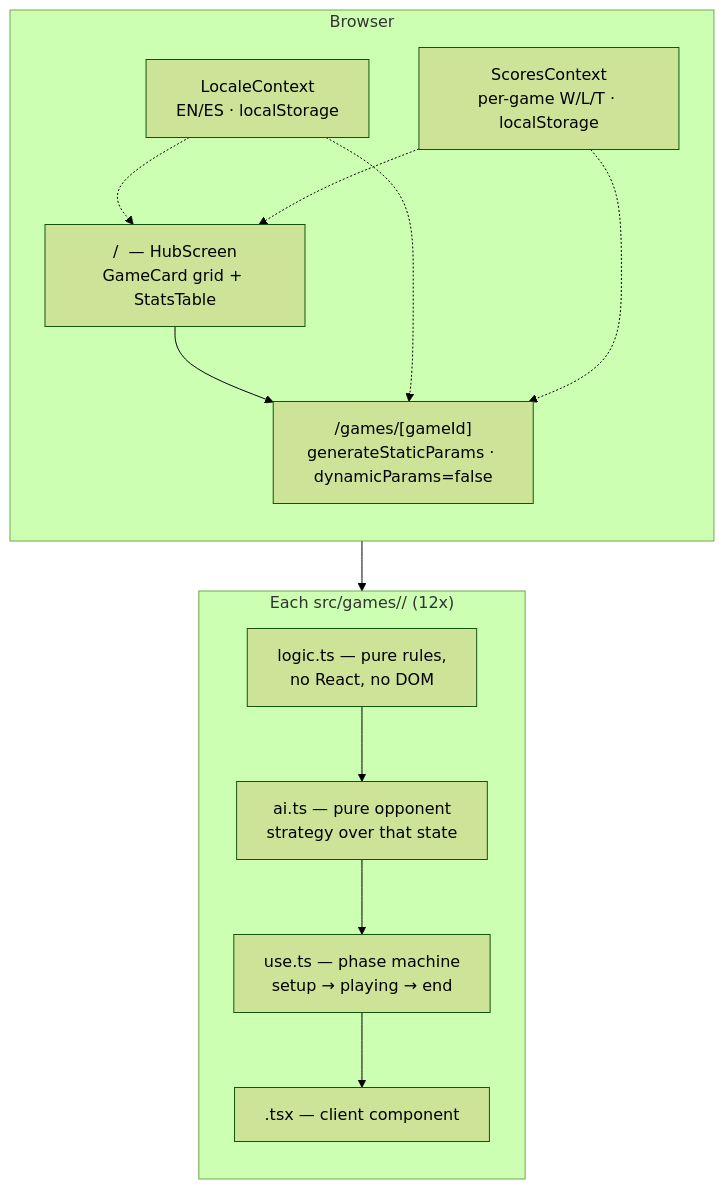
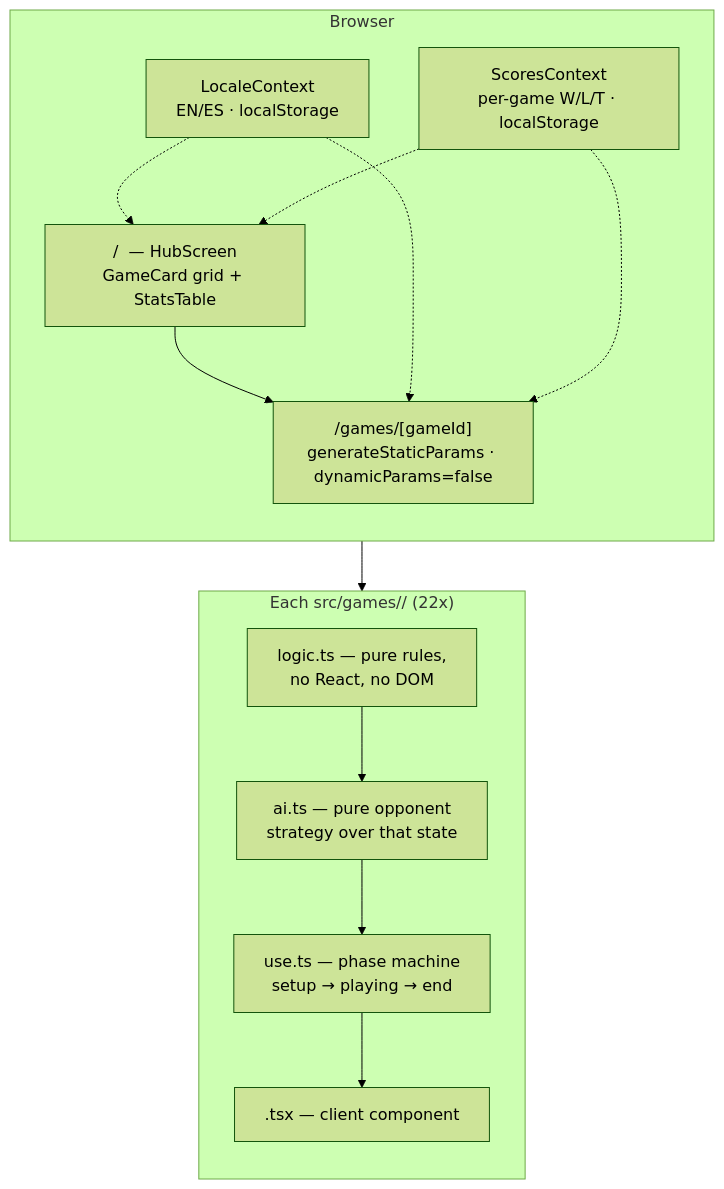
Before and after one commit to JoanOliver04/minigame-hub: the diagram in README.md, drawn with Mermaid (forest theme). The commit also changed other lines of this file and 75 other files, not shown here.

````diff
--- a/README.md
+++ b/README.md
@@ -83,26 +93,26 @@
 ```mermaid
 flowchart TB
     subgraph Browser
         direction TB
         Hub["/  — HubScreen<br/>GameCard grid + StatsTable"]
         Game["/games/[gameId]<br/>generateStaticParams · dynamicParams=false"]
         LC["LocaleContext<br/>EN/ES · localStorage"]
         SC["ScoresContext<br/>per-game W/L/T · localStorage"]
         Hub --> Game
         LC -.-> Hub
         LC -.-> Game
         SC -.-> Hub
         SC -.-> Game
     end
 
-    subgraph PerGame["Each src/games/<id>/ (12x)"]
+    subgraph PerGame["Each src/games/<id>/ (22x)"]
         direction TB
         Logic["logic.ts — pure rules,<br/>no React, no DOM"]
         AI["ai.ts — pure opponent<br/>strategy over that state"]
         Hook["use<Name>.ts — phase machine<br/>setup → playing → end"]
         View["<Name>.tsx — client component"]
         Logic --> AI --> Hook --> View
     end
 
     Game --> PerGame
 ```
````
